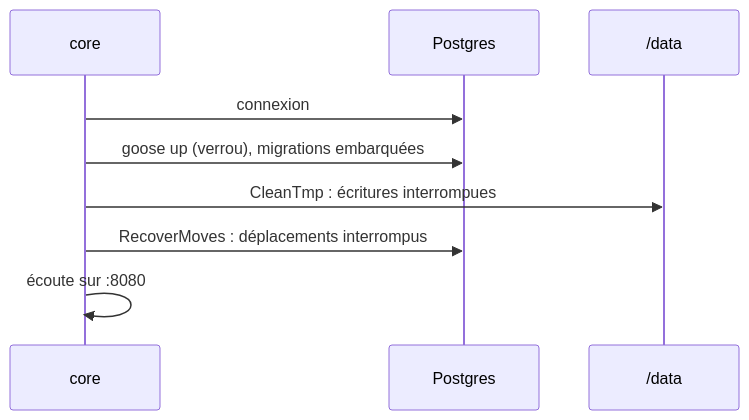
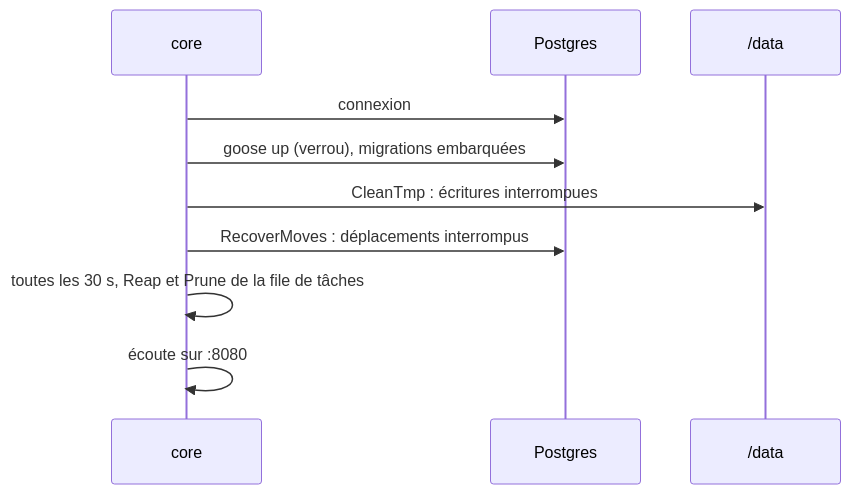
One commit to C2-POLY/cloud-os changed the second of 3 diagrams in docs/architecture/overview.md. Above: the diagram before and after it, drawn with Mermaid. The commit also changed other lines of this file and 19 other files, not shown here.

````diff
--- a/docs/architecture/overview.md
+++ b/docs/architecture/overview.md
@@ -42,11 +42,12 @@
 ```mermaid
 sequenceDiagram
     participant C as core
     participant DB as Postgres
     participant FS as /data
     C->>DB: connexion
     C->>DB: goose up (verrou), migrations embarquées
     C->>FS: CleanTmp : écritures interrompues
     C->>DB: RecoverMoves : déplacements interrompus
+    C->>C: toutes les 30 s, Reap et Prune de la file de tâches
     C->>C: écoute sur :8080
 ```
````
